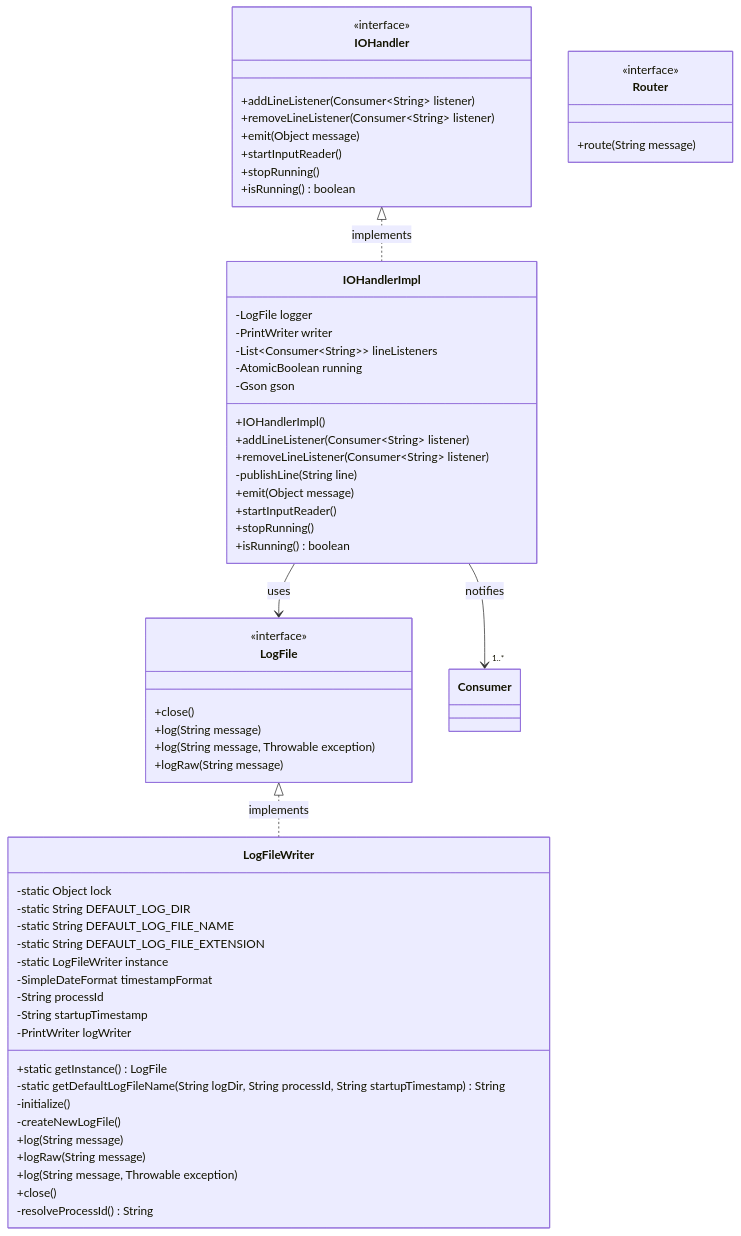
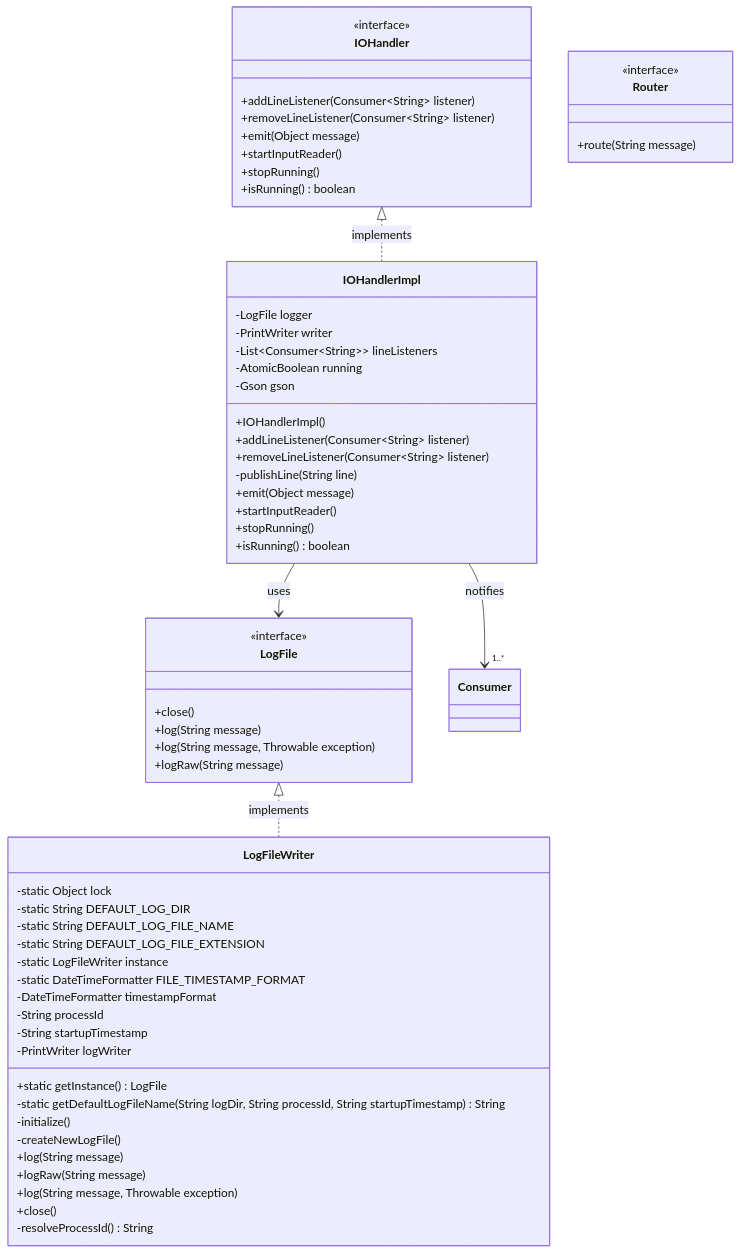
One commit to David-Parry/agent-mcp-workshop changed the first of 2 diagrams in lessons/01-overview.md. Above: the diagram before and after it, drawn with Mermaid. The commit also changed 2 other files, not shown here.

Commit message:
Synchronize log writes so concurrent loggers cannot lose lines.
The log file is opened by whichever call logs first. Unsynchronized, two
threads logging their first lines together could each open it and close
the other's writer, and what was written to the closed one was gone; the
concurrency test tolerated that by accepting 90% of the lines. From
chapter 07 task workers log while the reader does, so writes are now
synchronized, the shared SimpleDateFormats become immutable
DateTimeFormatters, and the test requires every line.

````diff
--- a/lessons/01-overview.md
+++ b/lessons/01-overview.md
@@ -42,67 +42,68 @@
 ```mermaid
 classDiagram
     class IOHandler {
         <<interface>>
         +addLineListener(Consumer~String~ listener)
         +removeLineListener(Consumer~String~ listener)
         +emit(Object message)
         +startInputReader()
         +stopRunning()
         +isRunning() boolean
     }
 
     class IOHandlerImpl {
         -LogFile logger
         -PrintWriter writer
         -List~Consumer~String~~ lineListeners
         -AtomicBoolean running
         -Gson gson
         +IOHandlerImpl()
         +addLineListener(Consumer~String~ listener)
         +removeLineListener(Consumer~String~ listener)
         -publishLine(String line)
         +emit(Object message)
         +startInputReader()
         +stopRunning()
         +isRunning() boolean
     }
 
     class LogFile {
         <<interface>>
         +close()
         +log(String message)
         +log(String message, Throwable exception)
         +logRaw(String message)
     }
 
     class LogFileWriter {
         -static Object lock
         -static String DEFAULT_LOG_DIR
         -static String DEFAULT_LOG_FILE_NAME
         -static String DEFAULT_LOG_FILE_EXTENSION
         -static LogFileWriter instance
-        -SimpleDateFormat timestampFormat
+        -static DateTimeFormatter FILE_TIMESTAMP_FORMAT
+        -DateTimeFormatter timestampFormat
         -String processId
         -String startupTimestamp
         -PrintWriter logWriter
         +static getInstance() LogFile
         -static getDefaultLogFileName(String logDir, String processId, String startupTimestamp) String
         -initialize()
         -createNewLogFile()
         +log(String message)
         +logRaw(String message)
         +log(String message, Throwable exception)
         +close()
         -resolveProcessId() String
     }
 
     class Router {
         <<interface>>
         +route(String message)
     }
 
     IOHandler <|.. IOHandlerImpl : implements
     LogFile <|.. LogFileWriter : implements
     IOHandlerImpl --> LogFile : uses
     IOHandlerImpl --> "1..*" Consumer : notifies
 ```
````
